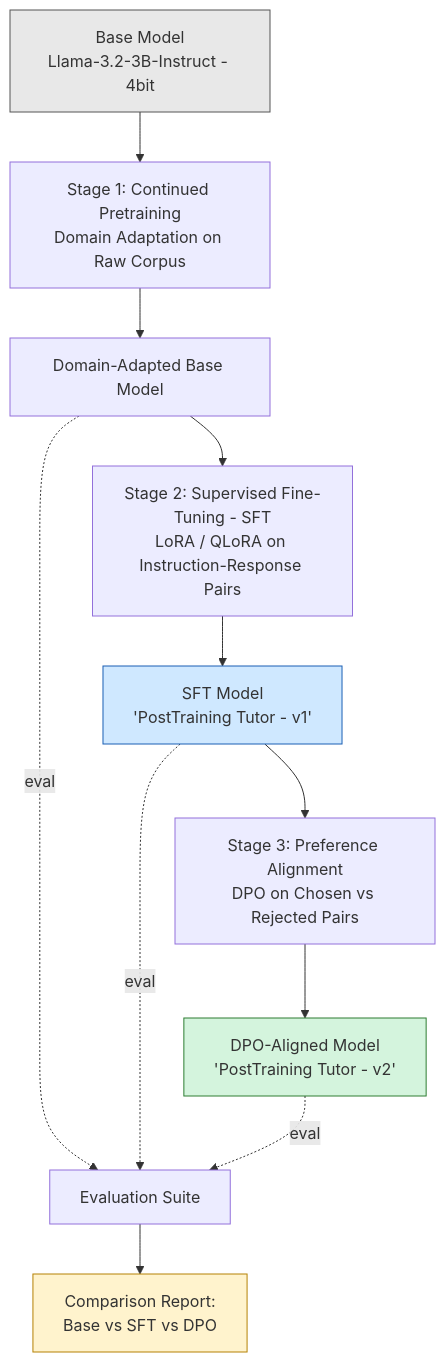
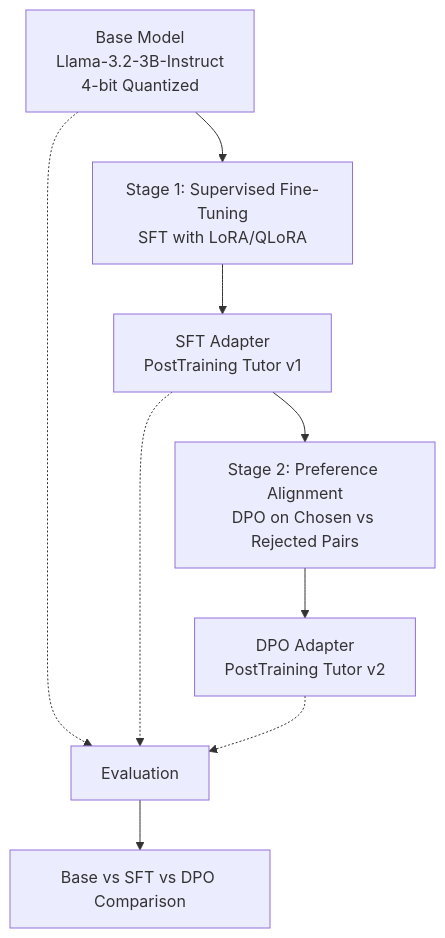
The diagram in presentation/architecture_diagram.md (Hiteshwari7/LLM-PostTraining-Lab), drawn with Mermaid before and after one commit.

````diff
--- a/presentation/architecture_diagram.md
+++ b/presentation/architecture_diagram.md
@@ -4,19 +4,17 @@
 ```mermaid
 flowchart TD
-    A[Base Model<br/>Llama-3.2-3B-Instruct - 4bit] --> B[Stage 1: Continued Pretraining<br/>Domain Adaptation on Raw Corpus]
-    B --> C[Domain-Adapted Base Model]
-    C --> D[Stage 2: Supervised Fine-Tuning - SFT<br/>LoRA / QLoRA on Instruction-Response Pairs]
-    D --> E[SFT Model<br/>'PostTraining Tutor - v1']
-    E --> F[Stage 3: Preference Alignment<br/>DPO on Chosen vs Rejected Pairs]
-    F --> G[DPO-Aligned Model<br/>'PostTraining Tutor - v2']
 
-    C -.eval.-> H[Evaluation Suite]
-    E -.eval.-> H
-    G -.eval.-> H
-    H --> I[Comparison Report:<br/>Base vs SFT vs DPO]
+A[Base Model<br/>Llama-3.2-3B-Instruct<br/>4-bit Quantized] --> B[Stage 1: Supervised Fine-Tuning<br/>SFT with LoRA/QLoRA]
 
-    style A fill:#e8e8e8,stroke:#555
-    style E fill:#cfe8ff,stroke:#1a5fb4
-    style G fill:#d4f4dd,stroke:#2e7d32
-    style I fill:#fff3cd,stroke:#b58105
+B --> C[SFT Adapter<br/>PostTraining Tutor v1]
+
+C --> D[Stage 2: Preference Alignment<br/>DPO on Chosen vs Rejected Pairs]
+
+D --> E[DPO Adapter<br/>PostTraining Tutor v2]
+
+A -.-> F[Evaluation]
+C -.-> F
+E -.-> F
+
+F --> G[Base vs SFT vs DPO Comparison]
 ```
````
